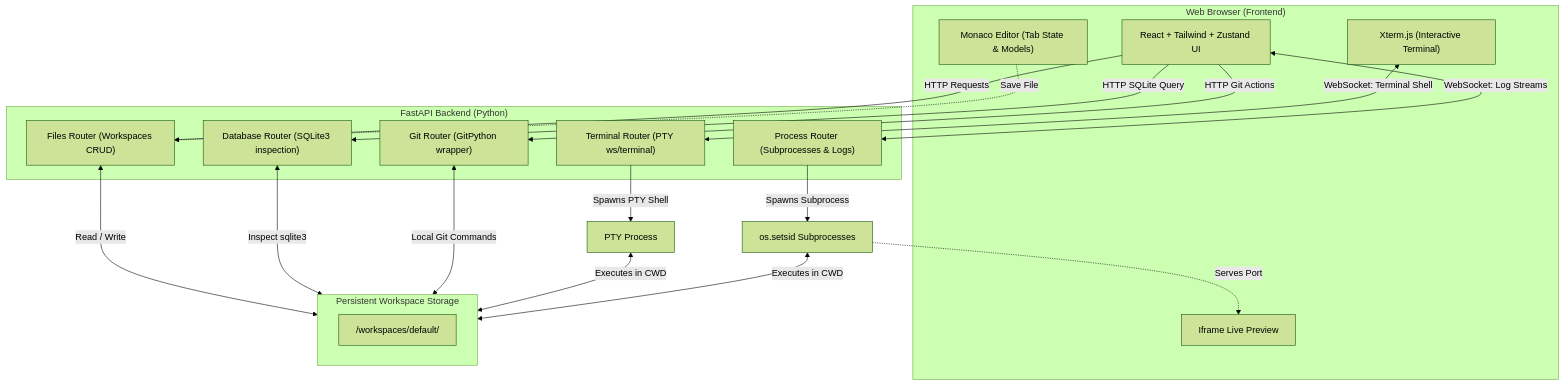
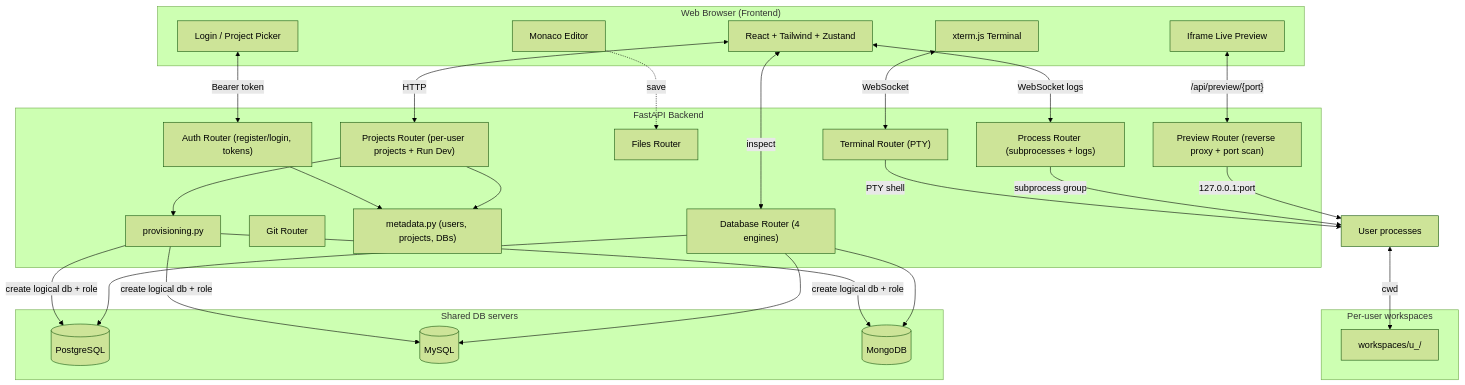
Before and after one commit to Athmeeya2006/CloudIDE: the diagram in README.md, drawn with Mermaid (forest theme). The commit also changed other lines of this file and 8 other files, not shown here.

````diff
--- a/README.md
+++ b/README.md
@@ -20,40 +22,52 @@
 ```mermaid
 graph TD
     subgraph Browser ["Web Browser (Frontend)"]
-        UI["React + Tailwind + Zustand UI"]
-        Monaco["Monaco Editor (Tab State & Models)"]
-        Xterm["Xterm.js (Interactive Terminal)"]
+        UI["React + Tailwind + Zustand"]
+        Auth["Login / Project Picker"]
+        Editor["Monaco Editor"]
+        Xterm["xterm.js Terminal"]
         Preview["Iframe Live Preview"]
     end
 
-    subgraph Backend ["FastAPI Backend (Python)"]
-        RouterFiles["Files Router (Workspaces CRUD)"]
-        RouterTerminal["Terminal Router (PTY ws/terminal)"]
-        RouterProc["Process Router (Subprocesses & Logs)"]
-        RouterDB["Database Router (SQLite3 inspection)"]
-        RouterGit["Git Router (GitPython wrapper)"]
+    subgraph Backend ["FastAPI Backend"]
+        RAuth["Auth Router (register/login, tokens)"]
+        RProj["Projects Router (per-user projects + Run Dev)"]
+        RFiles["Files Router"]
+        RTerm["Terminal Router (PTY)"]
+        RProc["Process Router (subprocesses + logs)"]
+        RDB["Database Router (4 engines)"]
+        RGit["Git Router"]
+        RPrev["Preview Router (reverse proxy + port scan)"]
+        Meta["metadata.py (users, projects, DBs)"]
+        Prov["provisioning.py"]
     end
 
-    subgraph Storage ["Persistent Workspace Storage"]
-        Workspace["/workspaces/default/"]
+    subgraph Storage ["Per-user workspaces"]
+        WS["workspaces/u<id>_<project>/"]
     end
 
-    UI -->|HTTP Requests| RouterFiles
-    UI -->|HTTP Git Actions| RouterGit
-    UI -->|HTTP SQLite Query| RouterDB
-    
-    Monaco -.->|Save File| RouterFiles
-    Xterm <-->|WebSocket: Terminal Shell| RouterTerminal
-    UI <-->|WebSocket: Log Streams| RouterProc
+    subgraph DBs ["Shared DB servers"]
+        PG[(PostgreSQL)]
+        MY[(MySQL)]
+        MO[(MongoDB)]
+    end
 
-    RouterTerminal -->|Spawns PTY Shell| PTY[PTY Process]
-    RouterProc -->|Spawns Subprocess| ProcessGroup[os.setsid Subprocesses]
+    Auth <-->|Bearer token| RAuth
+    UI <-->|HTTP| RProj
+    Editor -.->|save| RFiles
+    Xterm <-->|WebSocket| RTerm
+    UI <-->|WebSocket logs| RProc
+    UI <-->|inspect| RDB
+    Preview <-->|"/api/preview/{port}"| RPrev
 
-    RouterFiles <-->|Read / Write| Storage
-    RouterDB <-->|Inspect sqlite3| Storage
-    RouterGit <-->|Local Git Commands| Storage
-    PTY <-->|Executes in CWD| Storage
-    ProcessGroup <-->|Executes in CWD| Storage
+    RAuth --> Meta
+    RProj --> Meta
+    RProj --> Prov
+    Prov -->|create logical db + role| PG & MY & MO
+    RDB --> PG & MY & MO
 
-    ProcessGroup -.->|Serves Port| Preview
+    RTerm -->|PTY shell| PROC[User processes]
+    RProc -->|subprocess group| PROC
+    PROC <-->|cwd| WS
+    RPrev -->|127.0.0.1:port| PROC
 ```
````
